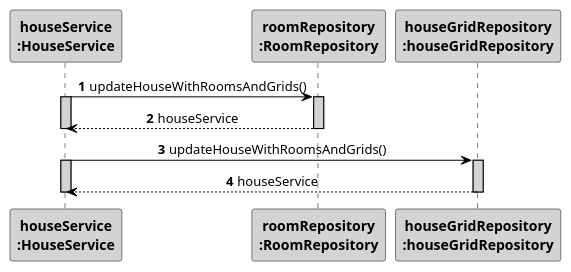
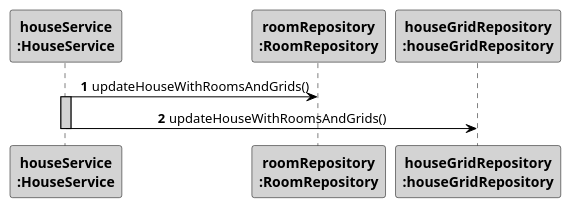
Before and after one commit to 1181687/hateoasToy: the diagram in src/main/java/pt/ipp/isep/dei/project/controllers/persistgeoareasensorandreadings/SD_PersistHouseSaveMethod.puml, drawn with PlantUML. The commit also changed 3 other files, not shown here.

Commit message:
addresses #149 [related to #157]: finishing the diagrams of the US's

```diff
--- a/src/main/java/pt/ipp/isep/dei/project/controllers/persistgeoareasensorandreadings/SD_PersistHouseSaveMethod.puml
+++ b/src/main/java/pt/ipp/isep/dei/project/controllers/persistgeoareasensorandreadings/SD_PersistHouseSaveMethod.puml
@@ -1,37 +1,28 @@
 @startuml
 skinparam sequenceMessageAlign center
 skinparam sequence {
     ArrowColor Black
     ActorBorderColor DarkBlue
     LifeLineBorderColor black
     LifeLineBackgroundColor LightGrey
 
     ParticipantBorderColor Black
     ParticipantBackgroundColor LightGrey
     ParticipantFontStyle Bold
 
     ActorBackgroundColor DimGrey
     ActorFontColor DeepSkyBlue
     ActorFontStyle Bold
     ActorFontSize 17
     ActorFontName Aapex
 }
 autonumber
+
 "houseService\n:HouseService" -> "roomRepository\n:RoomRepository" : updateHouseWithRoomsAndGrids()
 activate "houseService\n:HouseService"
-activate "roomRepository\n:RoomRepository"
-
-"houseService\n:HouseService" <-- "roomRepository\n:RoomRepository" : houseService
-deactivate "roomRepository\n:RoomRepository"
-deactivate "houseService\n:HouseService"
-
 
 "houseService\n:HouseService" -> "houseGridRepository\n:houseGridRepository" : updateHouseWithRoomsAndGrids()
-activate "houseService\n:HouseService"
-activate "houseGridRepository\n:houseGridRepository"
 
-"houseService\n:HouseService" <-- "houseGridRepository\n:houseGridRepository" : houseService
-deactivate "houseGridRepository\n:houseGridRepository"
 deactivate "houseService\n:HouseService"
 
 @enduml
```
